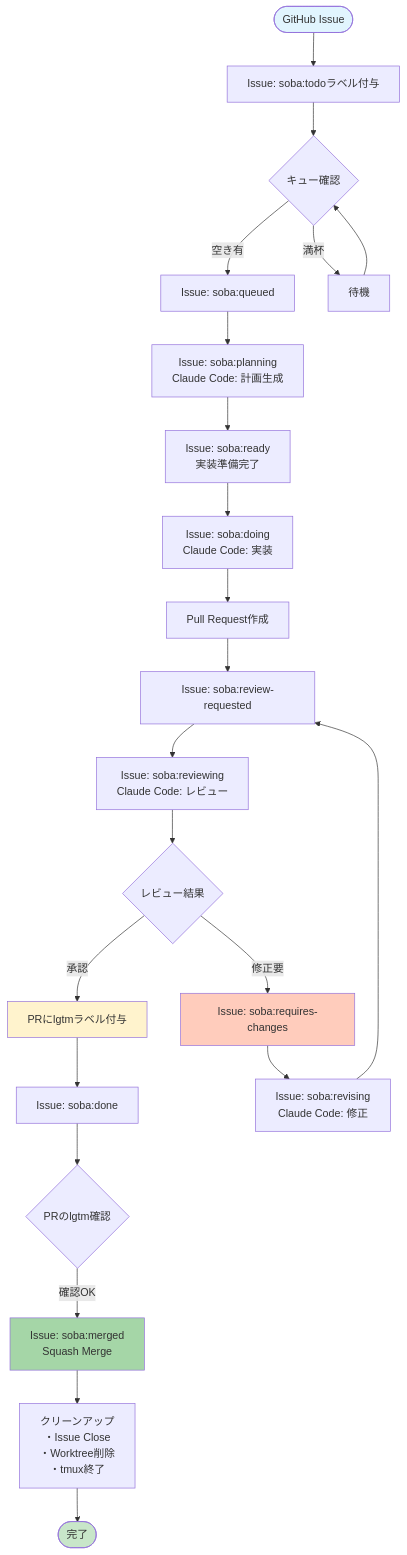
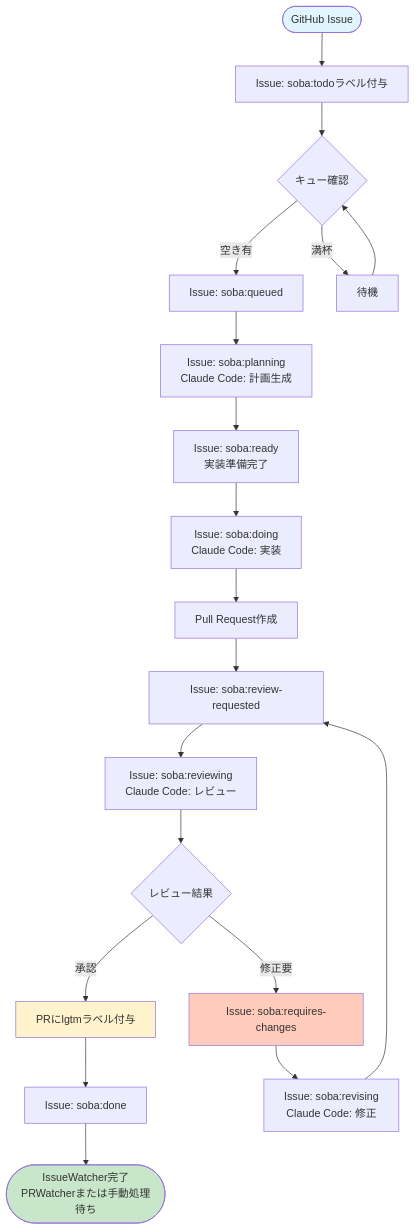
One commit to douhashi/soba changed the second of 2 diagrams in docs/business/workflow.md. Above: the diagram before and after it, drawn with Mermaid. The commit also changed other lines of this file and 17 other files, not shown here.

````diff
--- a/docs/business/workflow.md
+++ b/docs/business/workflow.md
@@ -120,37 +113,33 @@
 ```mermaid
 flowchart TB
     Start([GitHub Issue]) --> AddLabel[Issue: soba:todoラベル付与]
     AddLabel --> Queue{キュー確認}
 
     Queue -->|空き有| Queued[Issue: soba:queued]
     Queue -->|満杯| Wait[待機]
     Wait --> Queue
 
     Queued --> Planning[Issue: soba:planning<br/>Claude Code: 計画生成]
     Planning --> Ready[Issue: soba:ready<br/>実装準備完了]
 
     Ready --> Implement[Issue: soba:doing<br/>Claude Code: 実装]
     Implement --> CreatePR[Pull Request作成]
     CreatePR --> ReviewReq[Issue: soba:review-requested]
 
     ReviewReq --> Reviewing[Issue: soba:reviewing<br/>Claude Code: レビュー]
     Reviewing --> ReviewResult{レビュー結果}
 
     ReviewResult -->|承認| PRLabel[PRにlgtmラベル付与]
     PRLabel --> Done[Issue: soba:done]
     ReviewResult -->|修正要| RequiresChanges[Issue: soba:requires-changes]
 
     RequiresChanges --> Revising[Issue: soba:revising<br/>Claude Code: 修正]
     Revising --> ReviewReq
 
-    Done --> CheckPR{PRのlgtm確認}
-    CheckPR -->|確認OK| Merged[Issue: soba:merged<br/>Squash Merge]
-    Merged --> Cleanup[クリーンアップ<br/>・Issue Close<br/>・Worktree削除<br/>・tmux終了]
-    Cleanup --> End([完了])
+    Done --> End([IssueWatcher完了<br/>PRWatcherまたは手動処理待ち])
 
     style Start fill:#e1f5fe
     style End fill:#c8e6c9
     style RequiresChanges fill:#ffccbc
-    style Merged fill:#a5d6a7
     style PRLabel fill:#fff3cd
 ```
````
